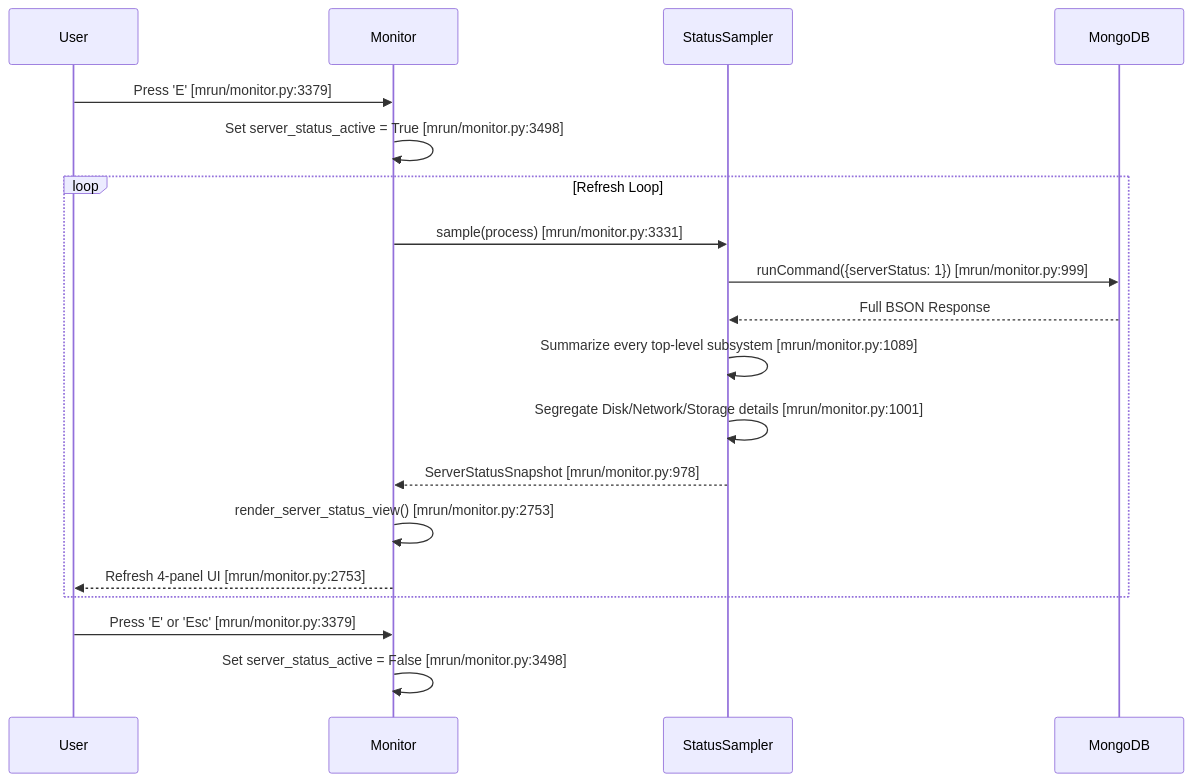
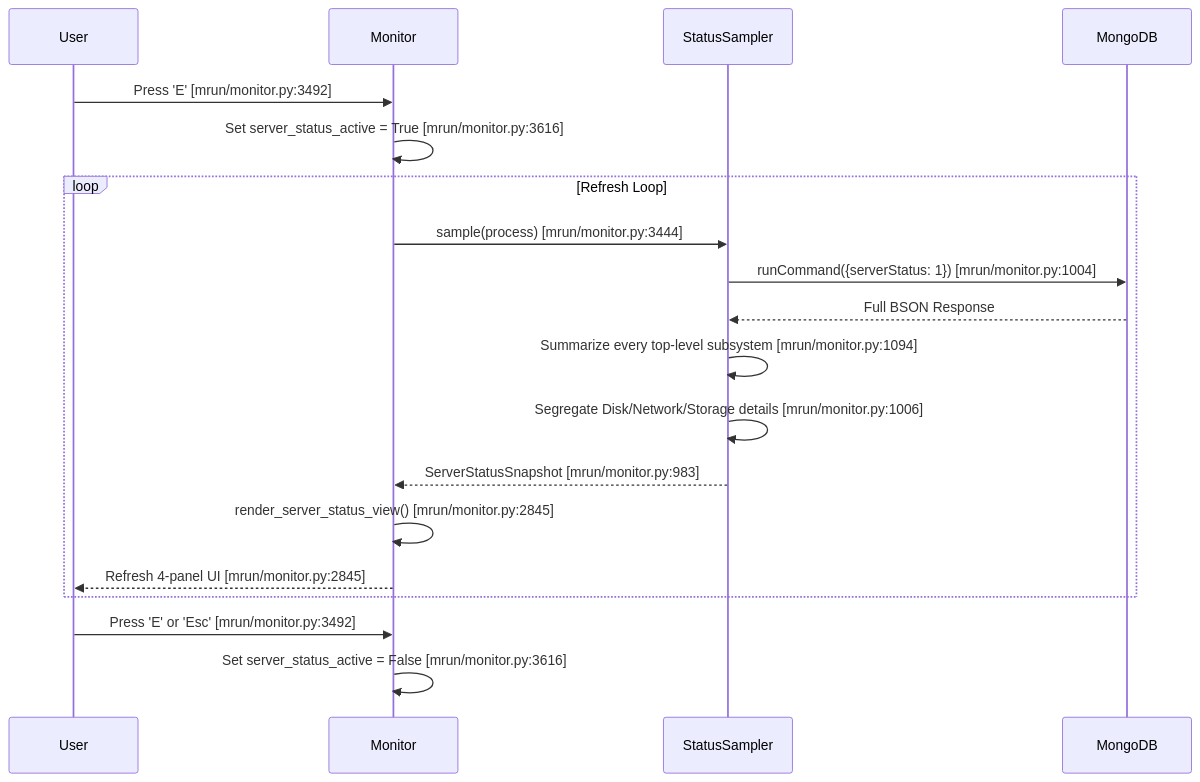
The fifth of 12 diagrams in doc/feature-monitor-guide.md (mongodb/mlaunch), drawn with Mermaid before and after one commit. The commit also changed other lines of this file and 2 other files, not shown here.

````diff
--- a/doc/feature-monitor-guide.md
+++ b/doc/feature-monitor-guide.md
@@ -506,22 +514,22 @@
 ```mermaid
 sequenceDiagram
     participant User
     participant Monitor
     participant StatusSampler
     participant Mongo as MongoDB
 
-    User->>Monitor: Press 'E' [mrun/monitor.py:3379]
-    Monitor->>Monitor: Set server_status_active = True [mrun/monitor.py:3498]
+    User->>Monitor: Press 'E' [mrun/monitor.py:3492]
+    Monitor->>Monitor: Set server_status_active = True [mrun/monitor.py:3616]
     loop Refresh Loop
-        Monitor->>StatusSampler: sample(process) [mrun/monitor.py:3331]
-        StatusSampler->>Mongo: runCommand({serverStatus: 1}) [mrun/monitor.py:999]
+        Monitor->>StatusSampler: sample(process) [mrun/monitor.py:3444]
+        StatusSampler->>Mongo: runCommand({serverStatus: 1}) [mrun/monitor.py:1004]
         Mongo-->>StatusSampler: Full BSON Response
-        StatusSampler->>StatusSampler: Summarize every top-level subsystem [mrun/monitor.py:1089]
-        StatusSampler->>StatusSampler: Segregate Disk/Network/Storage details [mrun/monitor.py:1001]
-        StatusSampler-->>Monitor: ServerStatusSnapshot [mrun/monitor.py:978]
-        Monitor->>Monitor: render_server_status_view() [mrun/monitor.py:2753]
-        Monitor-->>User: Refresh 4-panel UI [mrun/monitor.py:2753]
+        StatusSampler->>StatusSampler: Summarize every top-level subsystem [mrun/monitor.py:1094]
+        StatusSampler->>StatusSampler: Segregate Disk/Network/Storage details [mrun/monitor.py:1006]
+        StatusSampler-->>Monitor: ServerStatusSnapshot [mrun/monitor.py:983]
+        Monitor->>Monitor: render_server_status_view() [mrun/monitor.py:2845]
+        Monitor-->>User: Refresh 4-panel UI [mrun/monitor.py:2845]
     end
-    User->>Monitor: Press 'E' or 'Esc' [mrun/monitor.py:3379]
-    Monitor->>Monitor: Set server_status_active = False [mrun/monitor.py:3498]
+    User->>Monitor: Press 'E' or 'Esc' [mrun/monitor.py:3492]
+    Monitor->>Monitor: Set server_status_active = False [mrun/monitor.py:3616]
 ```
````
